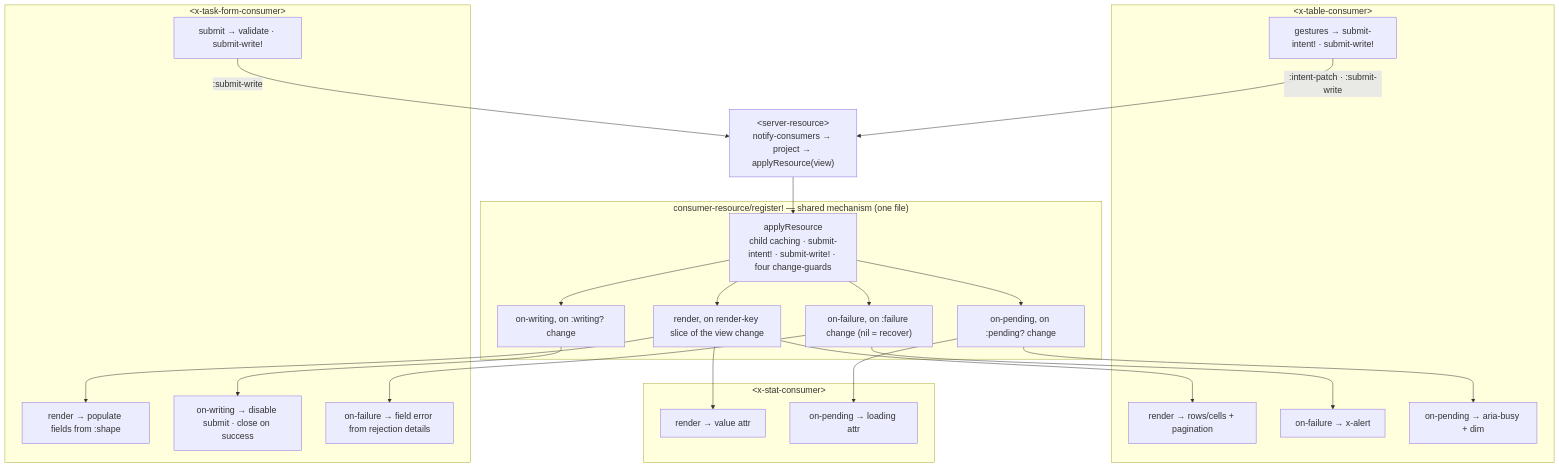
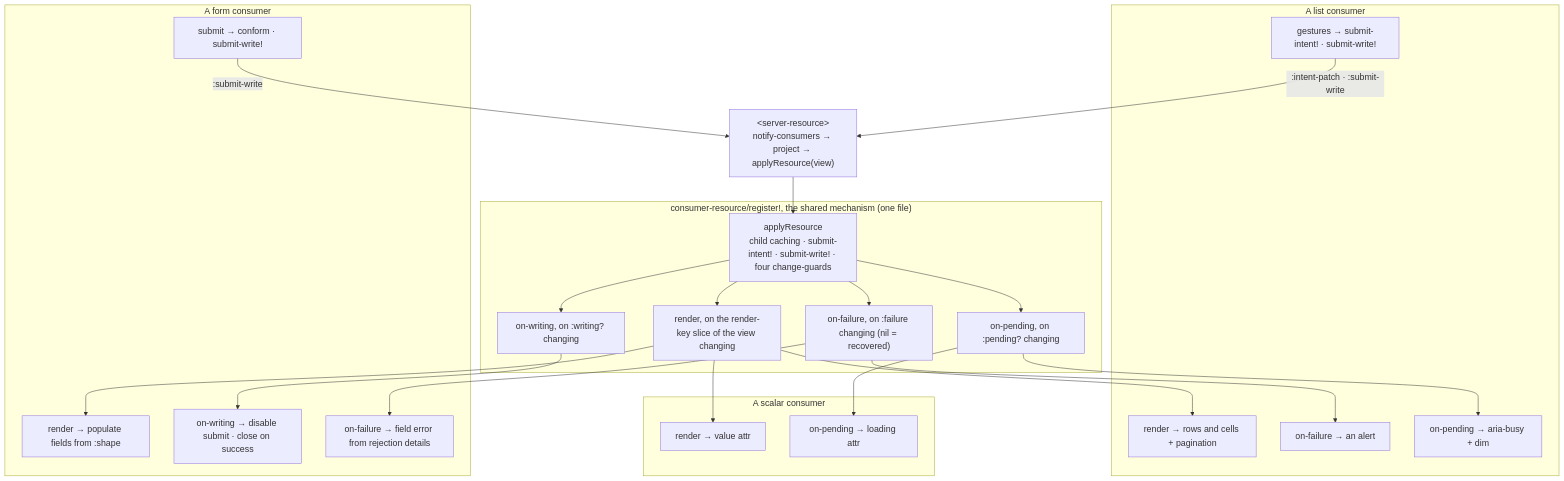
Before and after one commit to avanelsas/baredom: the third of 3 diagrams in barebuild/docs/architecture-diagram.md, drawn with Mermaid. The commit also changed other lines of this file and 6 other files, not shown here.

````diff
--- a/barebuild/docs/architecture-diagram.md
+++ b/barebuild/docs/architecture-diagram.md
@@ -122,48 +119,48 @@
 ```mermaid
 %%{init: {'themeVariables': {'fontSize': '18px'}}}%%
 flowchart TB
   SR["&lt;server-resource&gt;<br/>notify-consumers → project → applyResource(view)"]
 
-  subgraph MECH["consumer-resource/register! — shared mechanism (one file)"]
+  subgraph MECH["consumer-resource/register!, the shared mechanism (one file)"]
     APPLY["applyResource<br/>child caching · submit-intent! · submit-write! · four change-guards"]
-    G1["render, on render-key slice of the view change"]
-    G2["on-failure, on :failure change (nil = recover)"]
-    G3["on-pending, on :pending? change"]
-    G4["on-writing, on :writing? change"]
+    G1["render, on the render-key slice of the view changing"]
+    G2["on-failure, on :failure changing (nil = recovered)"]
+    G3["on-pending, on :pending? changing"]
+    G4["on-writing, on :writing? changing"]
     APPLY --> G1
     APPLY --> G2
     APPLY --> G3
     APPLY --> G4
   end
 
-  subgraph TABLE["&lt;x-table-consumer&gt;"]
-    TR["render → rows/cells + pagination"]
-    TF["on-failure → x-alert"]
+  subgraph LIST["A list consumer"]
+    TR["render → rows and cells + pagination"]
+    TF["on-failure → an alert"]
     TP["on-pending → aria-busy + dim"]
     TG["gestures → submit-intent! · submit-write!"]
   end
 
-  subgraph FORM["&lt;x-task-form-consumer&gt;"]
+  subgraph FORM["A form consumer"]
     FR["render → populate fields from :shape"]
     FW["on-writing → disable submit · close on success"]
     FF["on-failure → field error from rejection details"]
-    FG["submit → validate · submit-write!"]
+    FG["submit → conform · submit-write!"]
   end
 
-  subgraph STAT["&lt;x-stat-consumer&gt;"]
+  subgraph STAT["A scalar consumer"]
     ST["render → value attr"]
     SP["on-pending → loading attr"]
   end
 
   SR --> APPLY
   G1 --> TR
   G2 --> TF
   G3 --> TP
   G1 --> ST
   G3 --> SP
   G1 --> FR
   G2 --> FF
   G4 --> FW
   TG -->|":intent-patch · :submit-write"| SR
   FG -->|":submit-write"| SR
 ```
````
